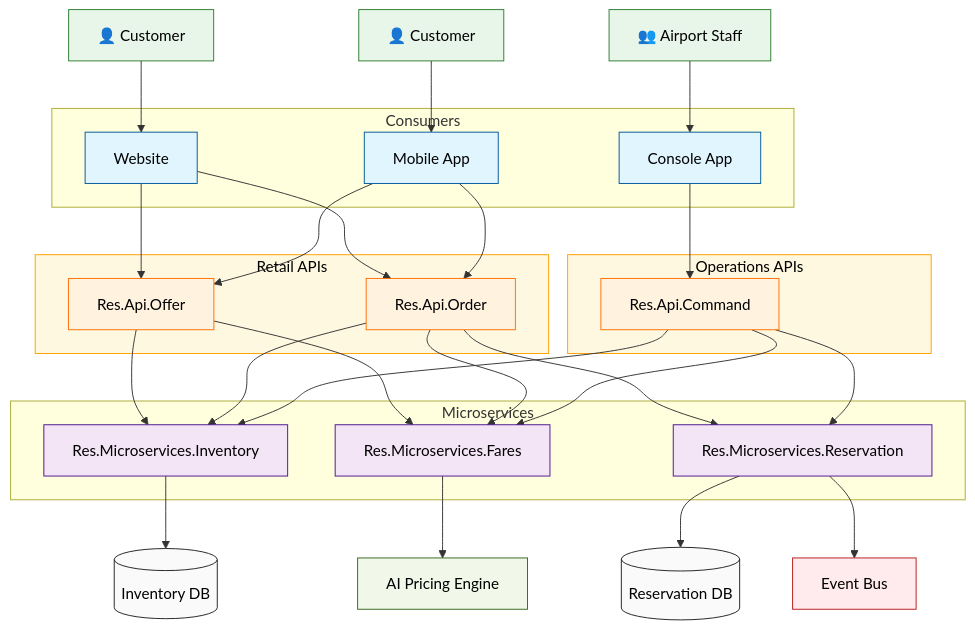
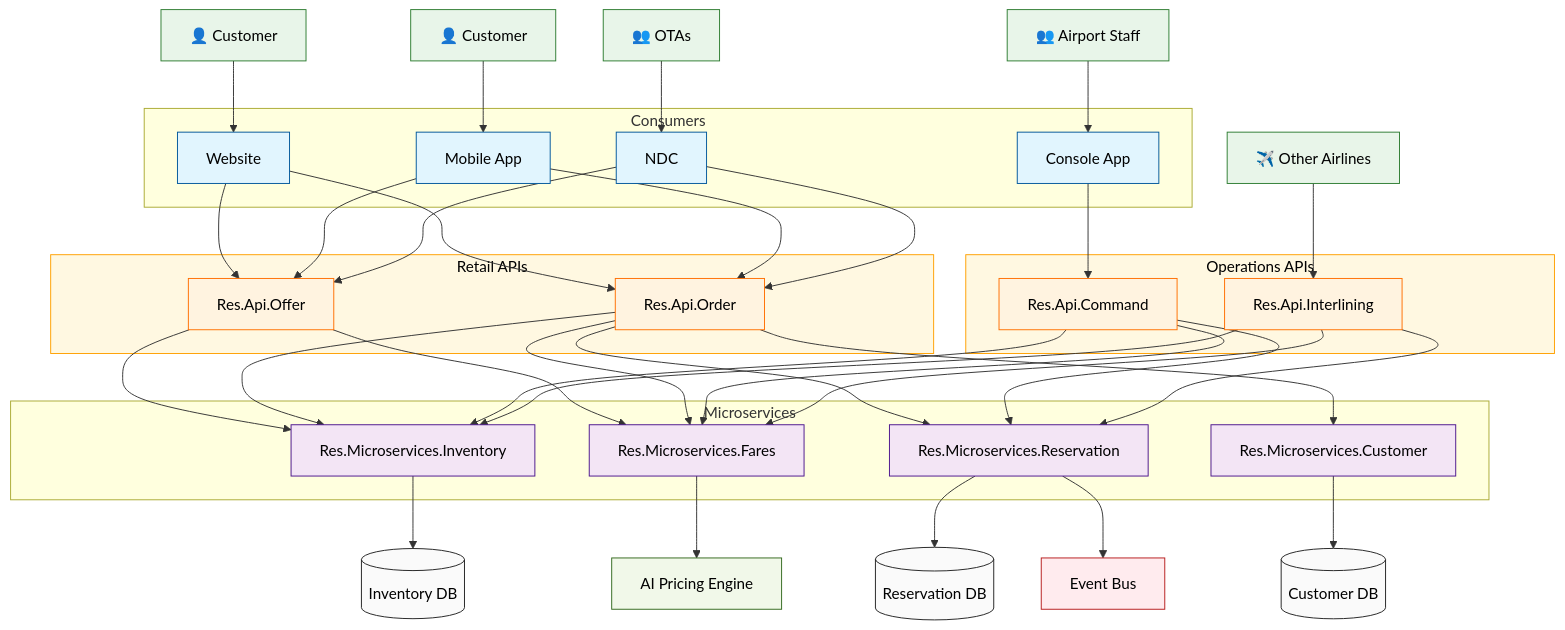
One commit to sebharvey/ReservationSystem changed the diagram in README.md. Above: the diagram before and after it, drawn with Mermaid.

Commit message:
Updates to arch diagram

````diff
--- a/README.md
+++ b/README.md
@@ -31,12 +31,15 @@
     Customer1[👤 Customer]
     Customer2[👤 Customer]
     Staff[👥 Airport Staff]
+    OTA[👥 OTAs]
+    Airlines[✈️ Other Airlines]
 
     %% Consumers Layer
     subgraph Consumers
         Web[Website]
         Mobile[Mobile App]
         Console[Console App]
+        NDC[NDC]
     end
 
     %% API Layer
@@ -46,6 +49,7 @@
     end
     subgraph Ops_APIs[Operations APIs]
         Command[Res.Api.Command]
+        Interlining[Res.Api.Interlining]
     end
 
     %% Microservices Layer
@@ -53,6 +57,7 @@
         Inventory[Res.Microservices.Inventory]
         Reservation[Res.Microservices.Reservation]
         Fares[Res.Microservices.Fares]
+        Customer[Res.Microservices.Customer]
     end
 
     %% Event Bus
@@ -61,12 +66,15 @@
     %% Databases and External Services
     DB1[(Inventory DB)]
     DB2[(Reservation DB)]
+    DB3[(Customer DB)]
     AI[AI Pricing Engine]
 
     %% User to Consumer connections
     Customer1 --> Web
     Customer2 --> Mobile
     Staff --> Console
+    OTA --> NDC
+    Airlines --> Interlining
 
     %% Consumer to API connections
     Web --> Offer
@@ -74,6 +82,8 @@
     Mobile --> Offer
     Mobile --> Order
     Console --> Command
+    NDC --> Offer
+    NDC --> Order
 
     %% API to Microservice connections
     Offer --> Inventory
@@ -81,13 +91,18 @@
     Order --> Inventory
     Order --> Reservation
     Order --> Fares
+    Order --> Customer
     Command --> Inventory
     Command --> Reservation
     Command --> Fares
+    Interlining --> Inventory
+    Interlining --> Reservation
+    Interlining --> Fares
 
     %% Microservice to Database/External connections
     Inventory --> DB1
     Reservation --> DB2
+    Customer --> DB3
     Fares --> AI
 
     %% Event publishing
@@ -103,12 +118,12 @@
     classDef external fill:#f1f8e9,stroke:#33691e,color:black
     classDef eventbus fill:#ffebee,stroke:#b71c1c,color:black
 
-    class Customer1,Customer2,Staff user
-    class Web,Mobile,Console consumer
-    class Offer,Command,Order api
+    class Customer1,Customer2,Staff,OTA,Airlines user
+    class Web,Mobile,Console,NDC consumer
+    class Offer,Command,Order,Interlining api
     class Retail_APIs,Ops_APIs apiGroup
-    class Inventory,Reservation,Fares microservice
-    class DB1,DB2 database
+    class Inventory,Reservation,Fares,Customer microservice
+    class DB1,DB2,DB3 database
     class AI external
     class EventBus eventbus
 ```
````
